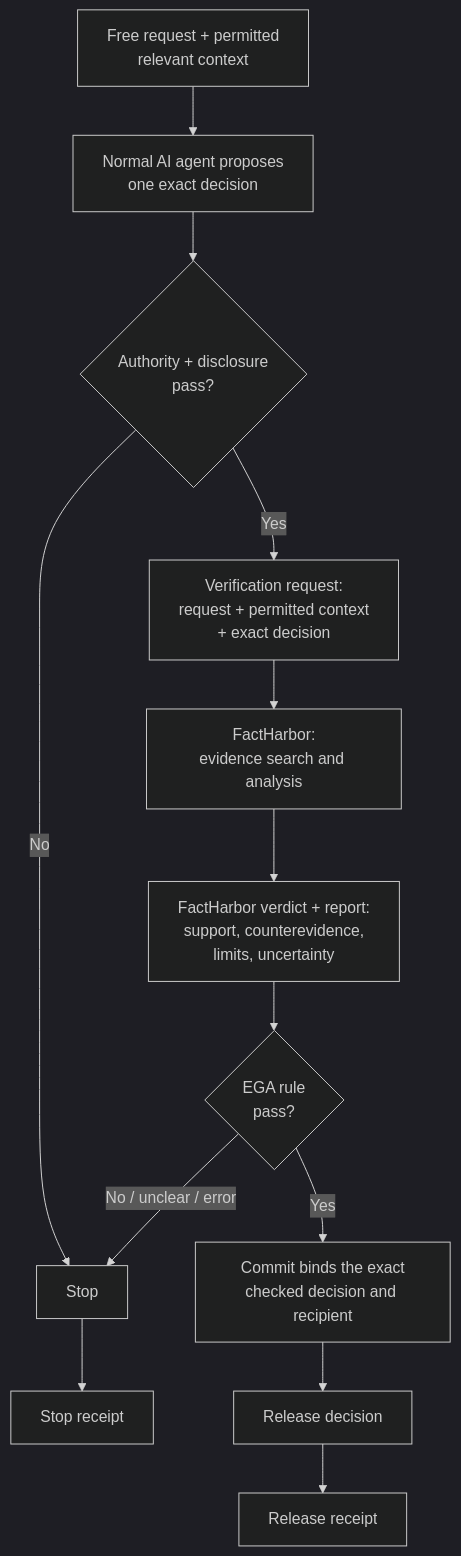
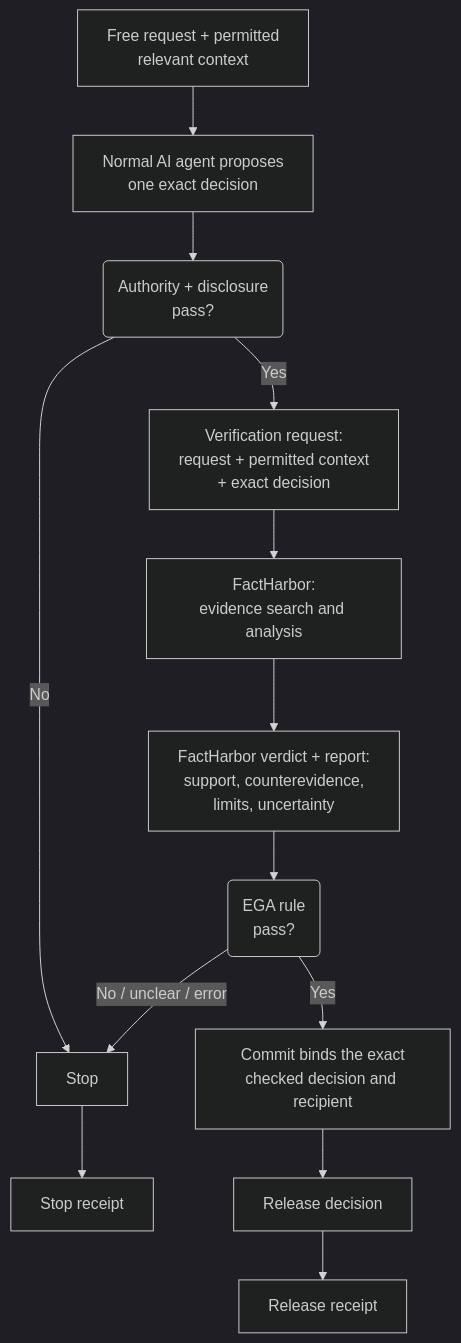
The second of 2 diagrams in docs/Assurance/Concepts/evidence-gated-agents.md (robertschaub/our-ai-charter), drawn with Mermaid (dark theme) before and after one commit. The commit also changed other lines of this file, not shown here.

Commit message:
docs(ega): replace diagram diamonds with compact gates

````diff
--- a/docs/Assurance/Concepts/evidence-gated-agents.md
+++ b/docs/Assurance/Concepts/evidence-gated-agents.md
@@ -100,15 +100,15 @@
 ```mermaid
 flowchart TD
     U["Free request + permitted<br/>relevant context"] --> A["Normal AI agent proposes<br/>one exact decision"]
-    A --> G{"Authority + disclosure<br/>pass?"}
+    A --> G("Authority + disclosure<br/>pass?")
     G -->|No| N["Stop"]
     G -->|Yes| Q["Verification request:<br/>request + permitted context<br/>+ exact decision"]
     Q --> F["FactHarbor:<br/>evidence search and analysis"]
     F --> FR["FactHarbor verdict + report:<br/>support, counterevidence,<br/>limits, uncertainty"]
-    FR --> R{"EGA rule<br/>pass?"}
+    FR --> R("EGA rule<br/>pass?")
     R -->|No / unclear / error| N
     R -->|Yes| C["Commit binds the exact<br/>checked decision and recipient"]
     C --> O["Release decision"]
     O --> RR["Release receipt"]
     N --> NR["Stop receipt"]
 ```
````
